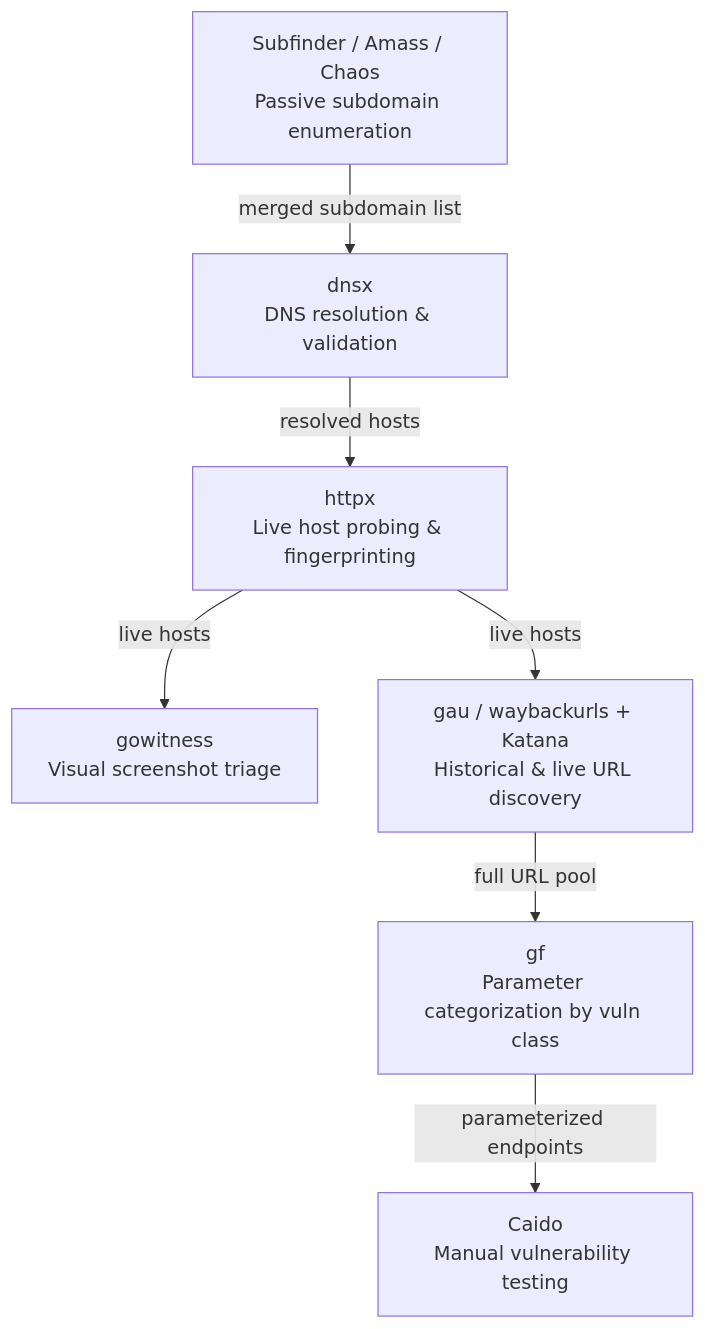
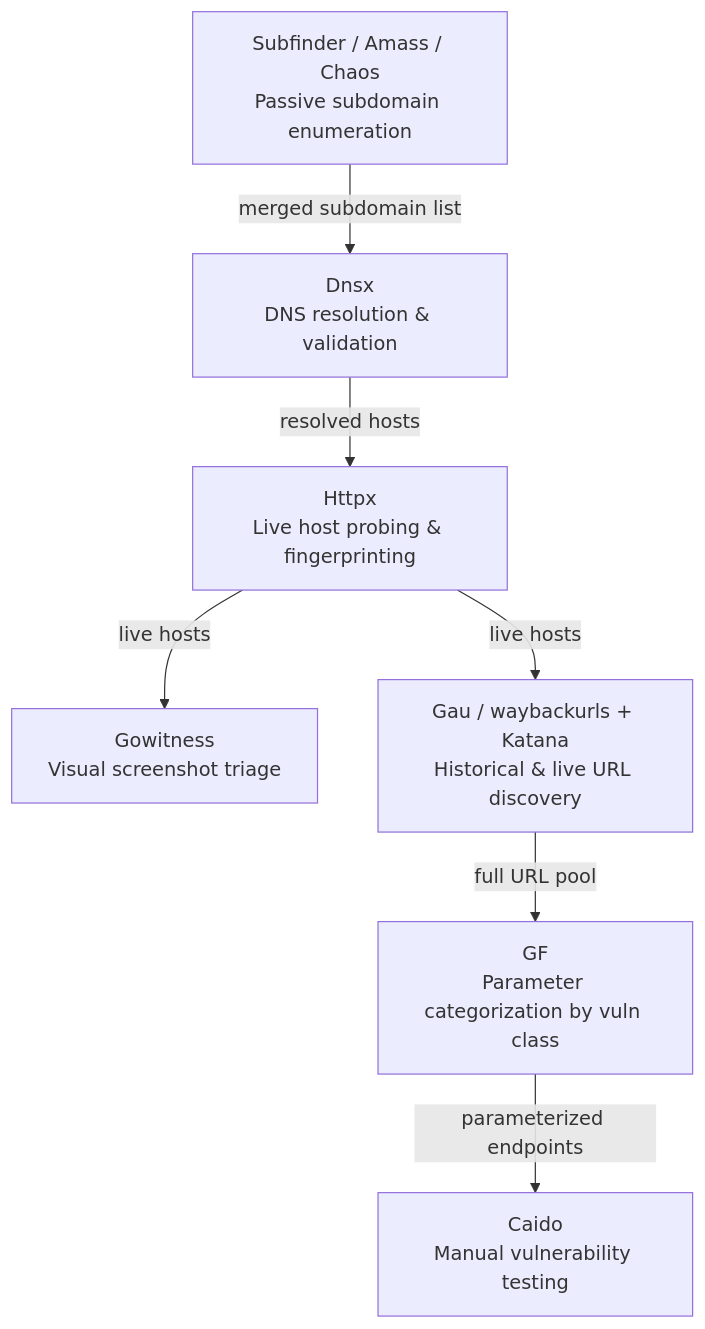
One commit to Benjamin-Spoolstra/Projects changed the diagram in Bug Bounty VPS.md. Above: the diagram before and after it, drawn with Mermaid. The commit also changed other lines of this file, not shown here.

````diff
--- a/Bug Bounty VPS.md
+++ b/Bug Bounty VPS.md
@@ -110,10 +110,10 @@
 ```mermaid
 flowchart TD
     A["Subfinder / Amass / Chaos\nPassive subdomain enumeration"] -->|merged subdomain list| B
-    B["dnsx\nDNS resolution & validation"] -->|resolved hosts| C
-    C["httpx\nLive host probing & fingerprinting"] -->|live hosts| D & E
-    D["gowitness\nVisual screenshot triage"] 
-    E["gau / waybackurls + Katana\nHistorical & live URL discovery"] -->|full URL pool| F
-    F["gf\nParameter categorization by vuln class"] -->|parameterized endpoints| G
+    B["Dnsx\nDNS resolution & validation"] -->|resolved hosts| C
+    C["Httpx\nLive host probing & fingerprinting"] -->|live hosts| D & E
+    D["Gowitness\nVisual screenshot triage"] 
+    E["Gau / waybackurls + Katana\nHistorical & live URL discovery"] -->|full URL pool| F
+    F["GF\nParameter categorization by vuln class"] -->|parameterized endpoints| G
     G["Caido\nManual vulnerability testing"]
 ```
````
